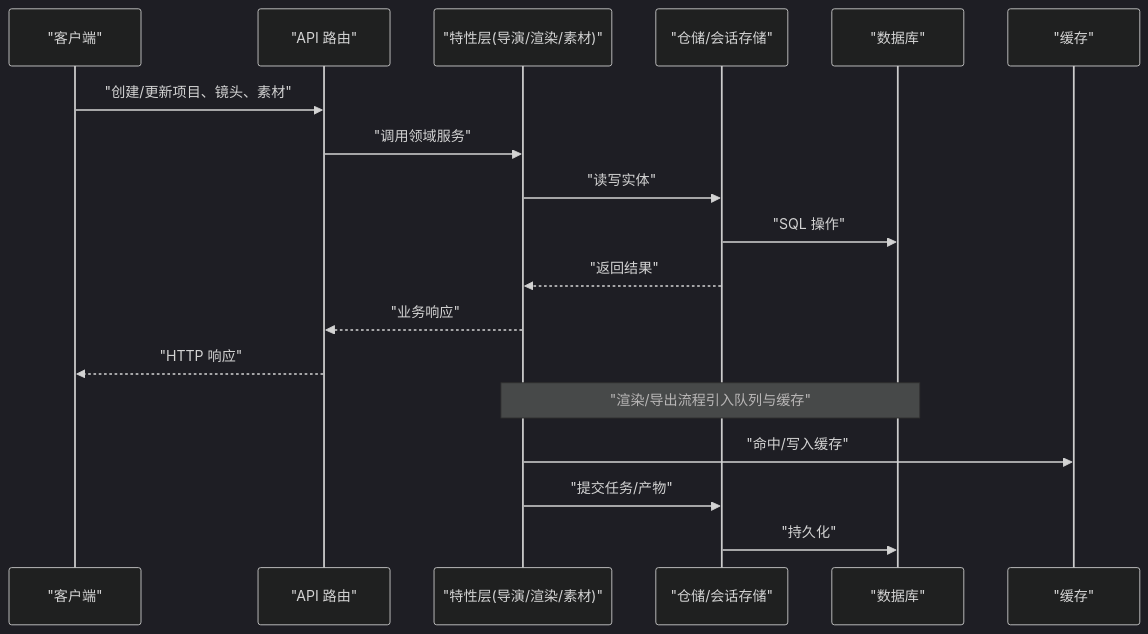
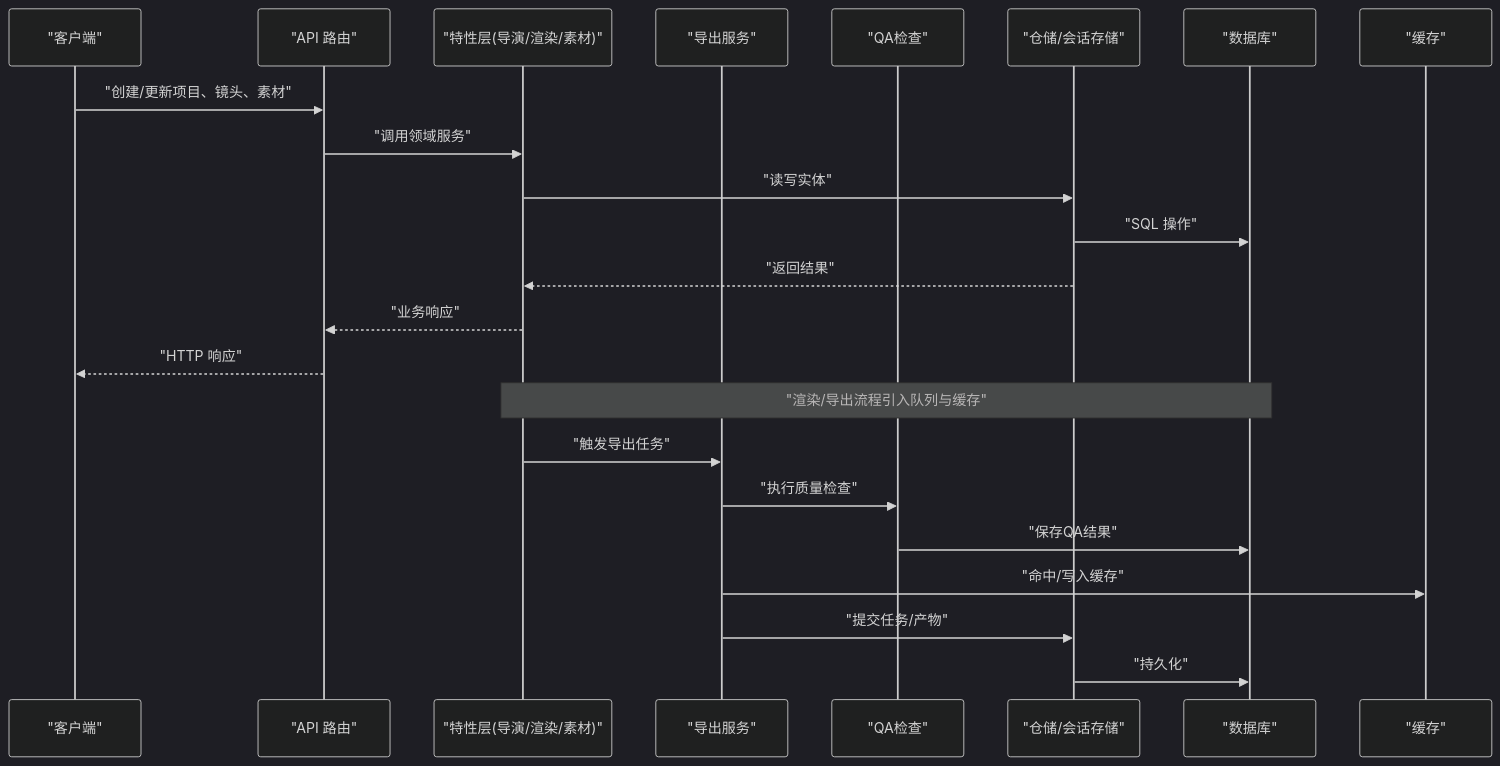
One commit to AIMFllyYS/code-video-canvas changed the second of 6 diagrams in .qoder/repowiki/zh/content/数据库设计.md. Above: the diagram before and after it, drawn with Mermaid (dark theme). The commit also changed other lines of this file and 7 other files, not shown here.

````diff
--- a/.qoder/repowiki/zh/content/数据库设计.md
+++ b/.qoder/repowiki/zh/content/数据库设计.md
@@ -109,20 +127,25 @@
 ```mermaid
 sequenceDiagram
 participant Client as "客户端"
 participant API as "API 路由"
 participant Feature as "特性层(导演/渲染/素材)"
+participant ExportSvc as "导出服务"
+participant QA as "QA检查"
 participant Repo as "仓储/会话存储"
 participant DB as "数据库"
 participant Cache as "缓存"
 Client->>API : "创建/更新项目、镜头、素材"
 API->>Feature : "调用领域服务"
 Feature->>Repo : "读写实体"
 Repo->>DB : "SQL 操作"
 Repo-->>Feature : "返回结果"
 Feature-->>API : "业务响应"
 API-->>Client : "HTTP 响应"
 Note over Feature,DB : "渲染/导出流程引入队列与缓存"
-Feature->>Cache : "命中/写入缓存"
-Feature->>Repo : "提交任务/产物"
+Feature->>ExportSvc : "触发导出任务"
+ExportSvc->>QA : "执行质量检查"
+QA->>DB : "保存QA结果"
+ExportSvc->>Cache : "命中/写入缓存"
+ExportSvc->>Repo : "提交任务/产物"
 Repo->>DB : "持久化"
 ```
````
